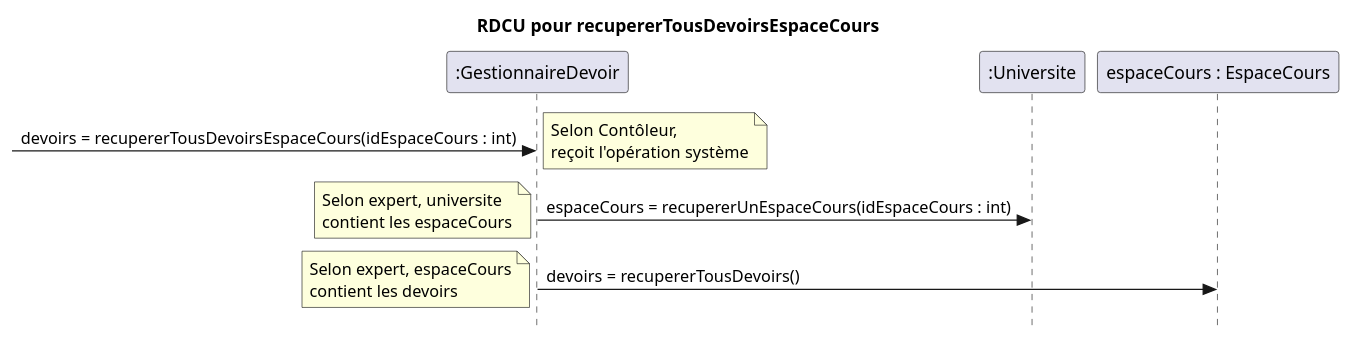
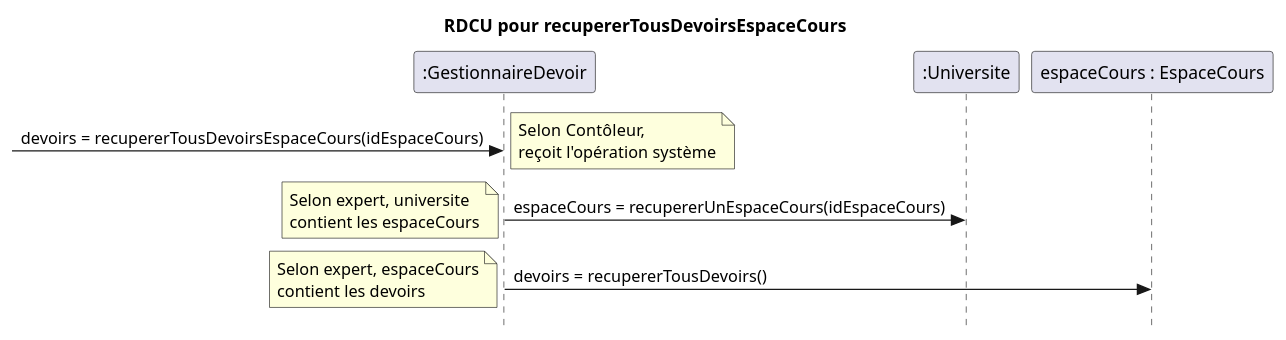
One commit to nerdz88/SGA-TS changed the first of 2 diagrams in docs/Ajouter devoir/RDCU_Ajouter_Devoir.puml. Above: the diagram before and after it, drawn with PlantUML. The commit also changed 10 other files, not shown here.

```diff
--- a/docs/Ajouter devoir/RDCU_Ajouter_Devoir.puml
+++ b/docs/Ajouter devoir/RDCU_Ajouter_Devoir.puml
@@ -1,15 +1,15 @@
 @startuml recupererTousDevoirsEspaceCours
 skinparam style strictuml
 skinparam defaultfontname Verdana
 title RDCU pour recupererTousDevoirsEspaceCours
 participant ":GestionnaireDevoir" as gestionnaireDevoir
 participant ":Universite" as universite
 participant "espaceCours : EspaceCours" as cours
 
--> gestionnaireDevoir : devoirs = recupererTousDevoirsEspaceCours(idEspaceCours : int)
+-> gestionnaireDevoir : devoirs = recupererTousDevoirsEspaceCours(idEspaceCours)
 note left : Selon Contôleur,\nreçoit l'opération système
-gestionnaireDevoir -> universite : espaceCours = recupererUnEspaceCours(idEspaceCours : int)
+gestionnaireDevoir -> universite : espaceCours = recupererUnEspaceCours(idEspaceCours)
 note left : Selon expert, universite\ncontient les espaceCours
 gestionnaireDevoir -> cours : devoirs = recupererTousDevoirs()
 note left : Selon expert, espaceCours\ncontient les devoirs
 @enduml
```
